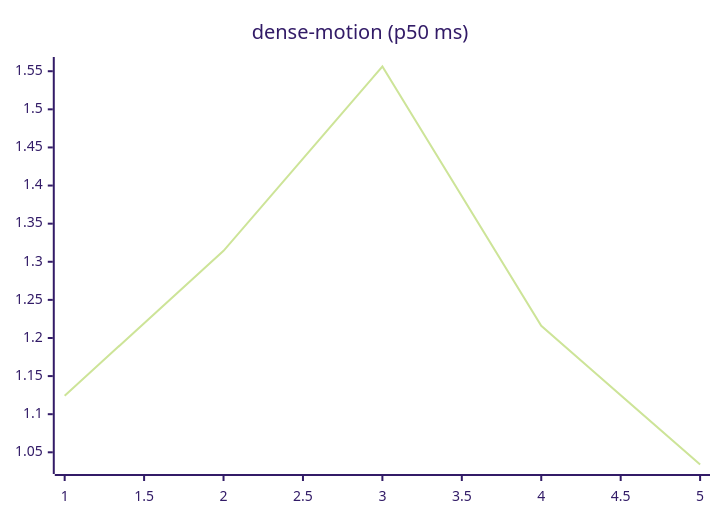
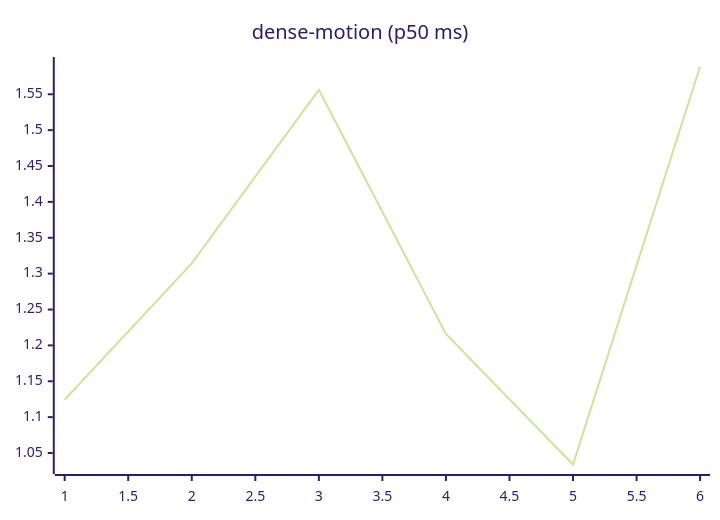
Before and after one commit to josha/Facet: the ninth of 27 diagrams in README.md, drawn with Mermaid (forest theme). The commit also changed other lines of this file and 2 other files, not shown here.

````diff
--- a/README.md
+++ b/README.md
@@ -119,6 +119,6 @@
 ```mermaid
 xychart-beta
     title "dense-motion (p50 ms)"
-    x-axis 1 --> 5
-    line [1.1243, 1.3144, 1.5562, 1.2159, 1.0340]
+    x-axis 1 --> 6
+    line [1.1243, 1.3144, 1.5562, 1.2159, 1.0340, 1.5887]
 ```
````
